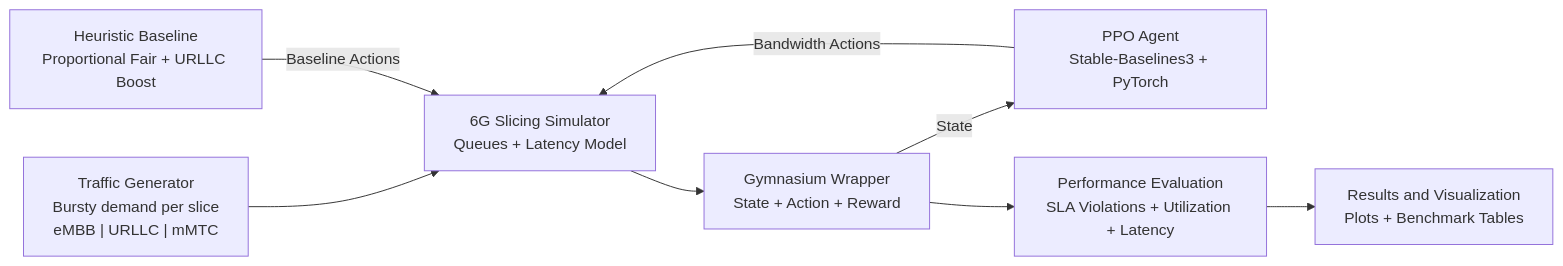
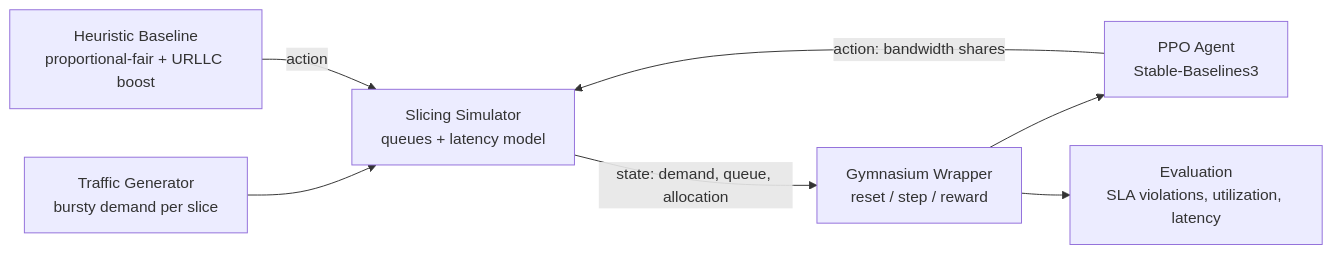
Before and after one commit to Shriraamakrishanan/Native-Resource-Allocation-Dynamic-6G: the diagram in README.md, drawn with Mermaid. The commit also changed other lines of this file, not shown here.

Commit message:
Revise architecture diagram in README
Updated the architecture diagram for clarity and consistency.

````diff
--- a/README.md
+++ b/README.md
@@ -19,18 +18,9 @@
 ```mermaid
 flowchart LR
-    A["Traffic Generator<br/>Bursty demand per slice<br/>eMBB | URLLC | mMTC"]
-    B["6G Slicing Simulator<br/>Queues + Latency Model"]
-    C["Gymnasium Wrapper<br/>State + Action + Reward"]
-    D["PPO Agent<br/>Stable-Baselines3 + PyTorch"]
-    E["Heuristic Baseline<br/>Proportional Fair + URLLC Boost"]
-    F["Performance Evaluation<br/>SLA Violations + Utilization + Latency"]
-    G["Results and Visualization<br/>Plots + Benchmark Tables"]
-
-    A --> B
-    B --> C
-    C -->|"State"| D
-    D -->|"Bandwidth Actions"| B
-    E -->|"Baseline Actions"| B
-    C --> F
-    F --> G
+    A["Traffic Generator<br/>bursty demand per slice"] --> B["Slicing Simulator<br/>queues + latency model"]
+    B -->|"state: demand, queue, allocation"| C["Gymnasium Wrapper<br/>reset / step / reward"]
+    C --> D["PPO Agent<br/>Stable-Baselines3"]
+    D -->|"action: bandwidth shares"| B
+    E["Heuristic Baseline<br/>proportional-fair + URLLC boost"] -->|"action"| B
+    C --> F["Evaluation<br/>SLA violations, utilization, latency"]
 ```
````
